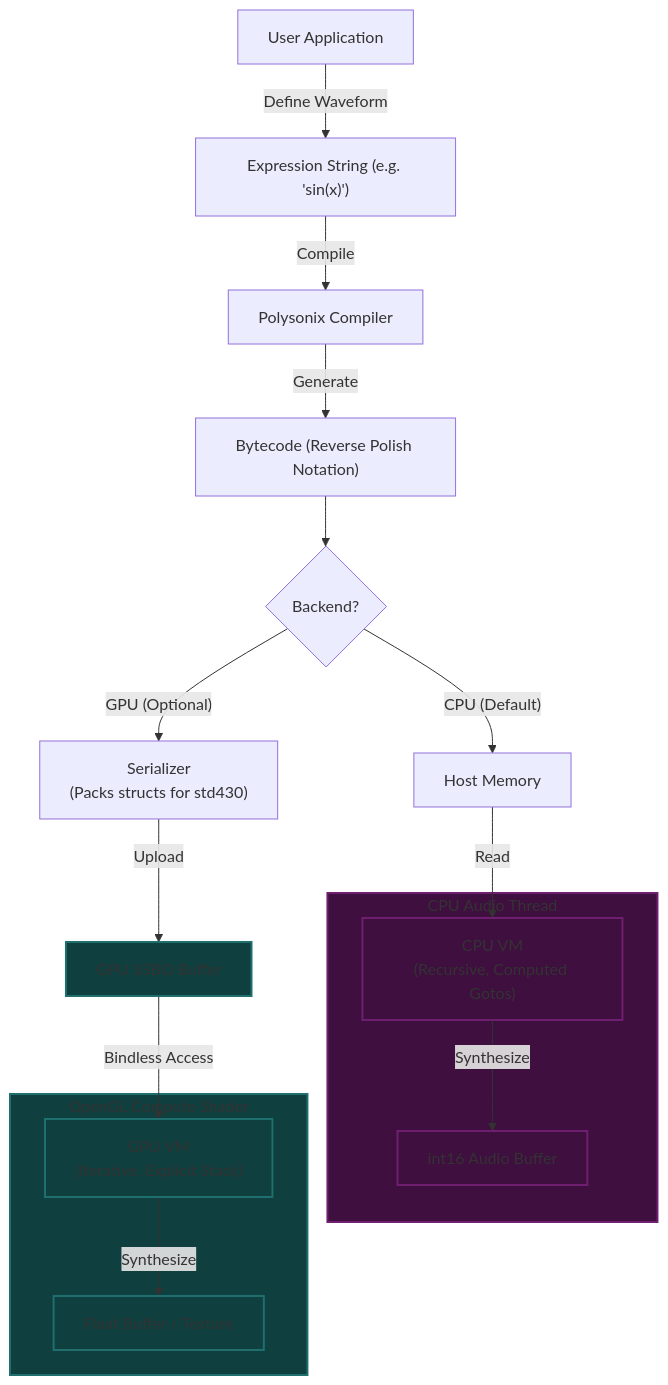
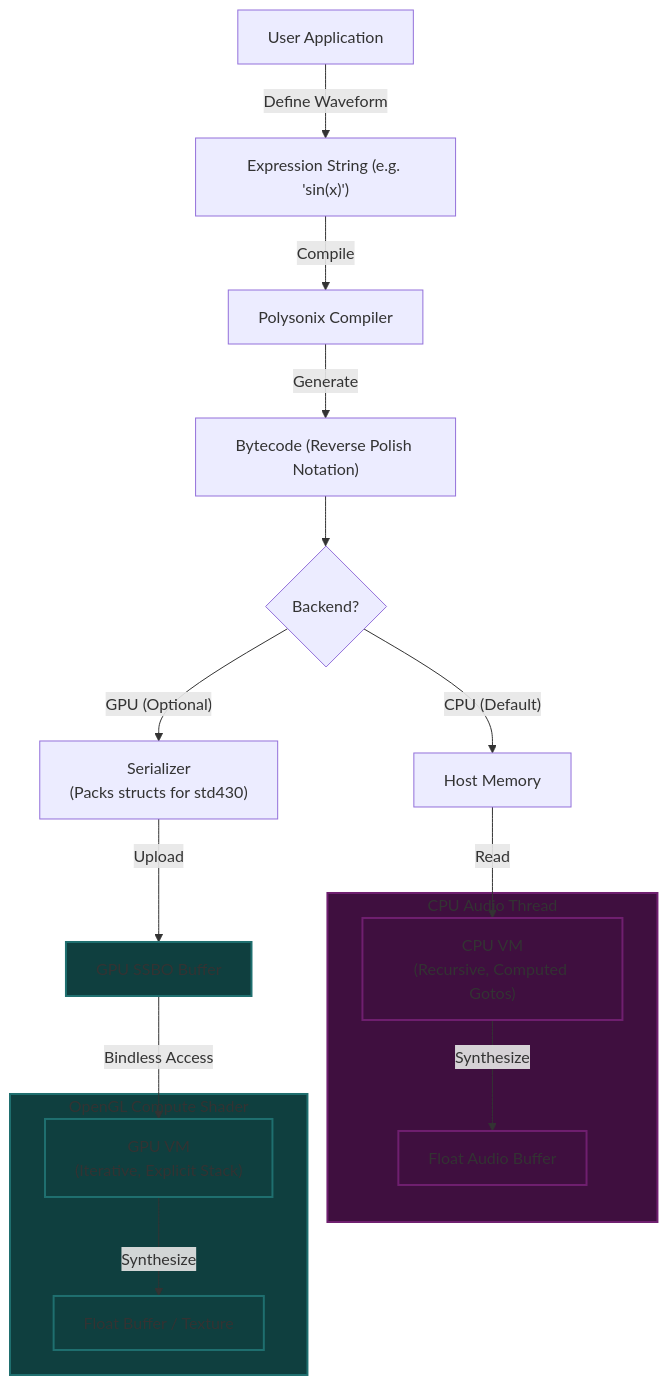
The diagram in README.md (jmorel33/polysonix), drawn with Mermaid before and after one commit. The commit also changed other lines of this file and 3 other files, not shown here.

````diff
--- a/README.md
+++ b/README.md
@@ -62,31 +62,31 @@
 ```mermaid
 flowchart TD
     %% Common Frontend
     App[User Application] -->|Define Waveform| Expr["Expression String (e.g. 'sin(x)')"]
     Expr -->|Compile| Compiler[Polysonix Compiler]
     Compiler -->|Generate| Bytecode["Bytecode (Reverse Polish Notation)"]
 
     %% Split
     Bytecode --> Decision{Backend?}
 
     %% CPU Path
     Decision -->|"CPU (Default)"| CPU_Mem[Host Memory]
     CPU_Mem -->|Read| CPU_VM["CPU VM\n(Recursive, Computed Gotos)"]
     subgraph CPU_Execution [CPU Audio Thread]
-        CPU_VM -->|Synthesize| CPU_Out[int16 Audio Buffer]
+        CPU_VM -->|Synthesize| CPU_Out[Float Audio Buffer]
     end
 
     %% GPU Path
     Decision -->|"GPU (Optional)"| Serializer["Serializer\n(Packs structs for std430)"]
     Serializer -->|Upload| SSBO[GPU SSBO Buffer]
     SSBO -->|Bindless Access| GPU_VM["GPU VM\n(Iterative, Explicit Stack)"]
     subgraph GPU_Execution [OpenGL Compute Shader]
         GPU_VM -->|Synthesize| GPU_Out[Float Buffer / Texture]
     end
 
     %% Comparison styling
     classDef cpu fill:#3f0f3f,stroke:#6f1f6f,stroke-width:2px;
     classDef gpu fill:#0f3f3f,stroke:#1f6f6f,stroke-width:2px;
     class CPU_VM,CPU_Execution,CPU_Out cpu;
     class GPU_VM,GPU_Execution,GPU_Out,SSBO gpu;
 ```
````
